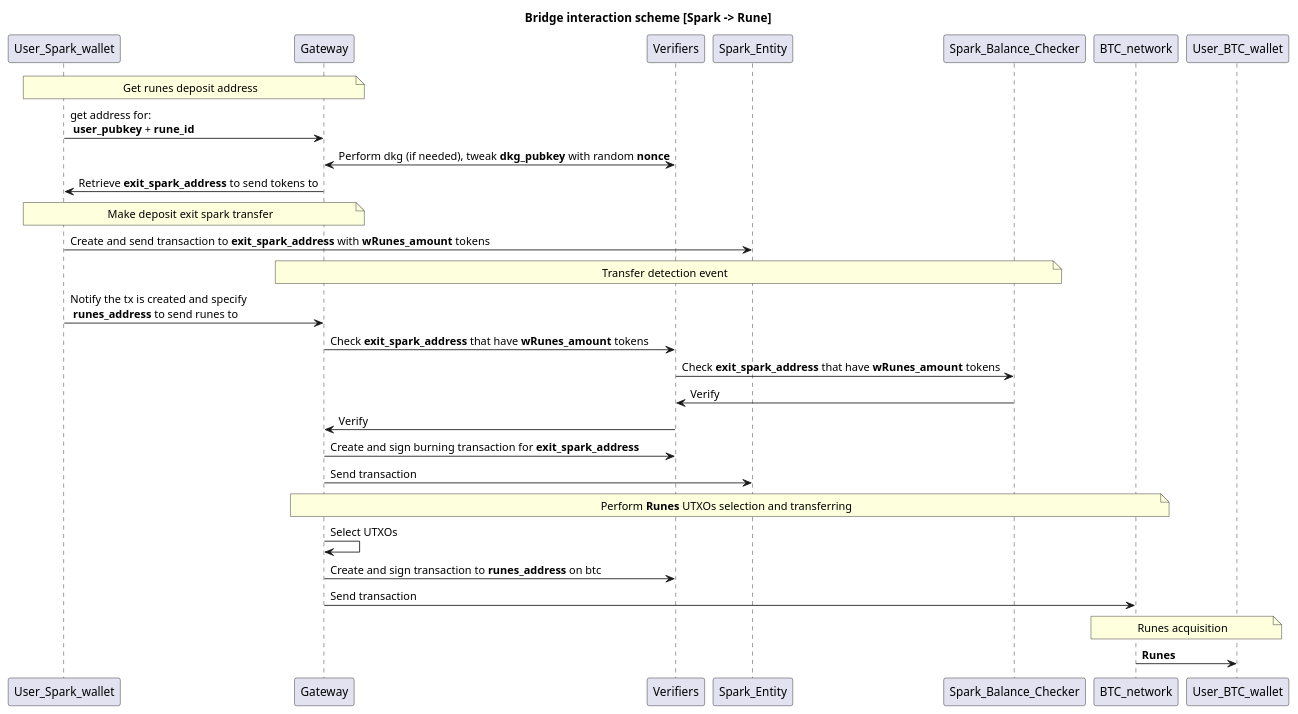
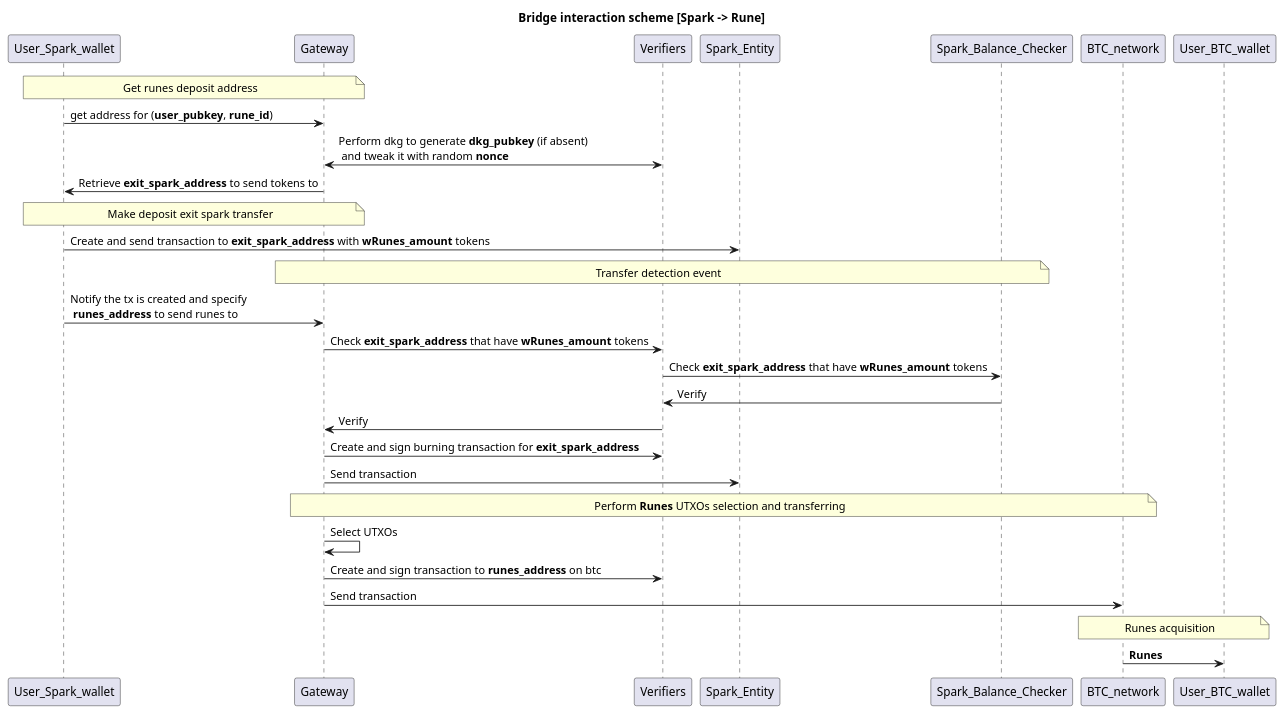
Before and after one commit to Sats-Terminal/spark-bridge-backend: the diagram in docs/spark_runes.puml, drawn with PlantUML.

```diff
--- a/docs/spark_runes.puml
+++ b/docs/spark_runes.puml
@@ -1,28 +1,28 @@
 @startuml
 title Bridge interaction scheme [Spark -> Rune]
 
 note over User_Spark_wallet,Gateway:Get runes deposit address
-User_Spark_wallet->Gateway: get address for: \n **user_pubkey** + **rune_id**
-Gateway<->Verifiers:Perform dkg (if needed), tweak **dkg_pubkey** with random **nonce**
+User_Spark_wallet->Gateway: get address for (**user_pubkey**, **rune_id**)
+Gateway<->Verifiers:Perform dkg to generate **dkg_pubkey** (if absent) \n and tweak it with random **nonce**
 Gateway->User_Spark_wallet: Retrieve **exit_spark_address** to send tokens to
 
 note over User_Spark_wallet,Gateway:Make deposit exit spark transfer
 User_Spark_wallet->Spark_Entity: Create and send transaction to **exit_spark_address** with **wRunes_amount** tokens
 
 note over Spark_Balance_Checker,Gateway:Transfer detection event
 User_Spark_wallet->Gateway:Notify the tx is created and specify \n **runes_address** to send runes to
 Gateway->Verifiers:Check **exit_spark_address** that have **wRunes_amount** tokens
 Verifiers->Spark_Balance_Checker:Check **exit_spark_address** that have **wRunes_amount** tokens
 Verifiers<-Spark_Balance_Checker:Verify
 Verifiers->Gateway:Verify
 Gateway->Verifiers:Create and sign burning transaction for **exit_spark_address**
 Gateway->Spark_Entity:Send transaction
 
 note over Gateway,BTC_network:Perform **Runes** UTXOs selection and transferring
 Gateway->Gateway:Select UTXOs
 Gateway->Verifiers:Create and sign transaction to **runes_address** on btc
 Gateway->BTC_network:Send transaction
 
 note over User_BTC_wallet, BTC_network: Runes acquisition
 User_BTC_wallet<-BTC_network: **Runes**
 @enduml
```
